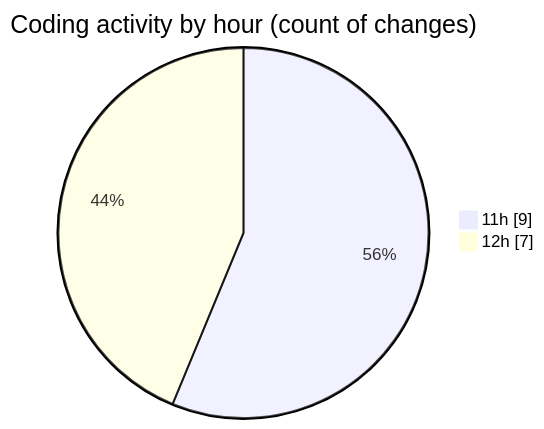
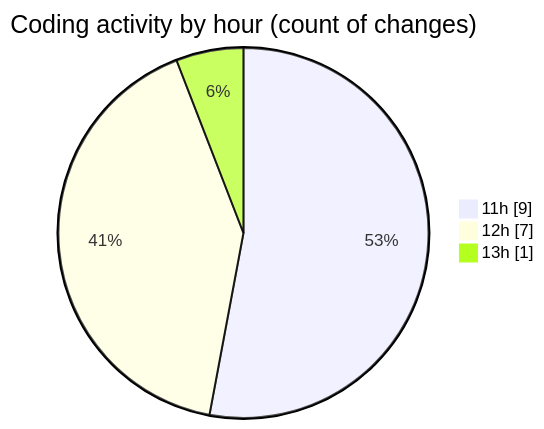
The second of 2 diagrams in 2025-08-07/ribbon/README.md (EIIisD/code-tracking), drawn with Mermaid before and after one commit. The commit also changed other lines of this file and 1 other file, not shown here.

````diff
--- a/2025-08-07/ribbon/README.md
+++ b/2025-08-07/ribbon/README.md
@@ -40,6 +40,7 @@
 ```mermaid
 pie showData
 title Coding activity by hour (count of changes)
 "11h" : 9
 "12h" : 7
+"13h" : 1
 ```
````
